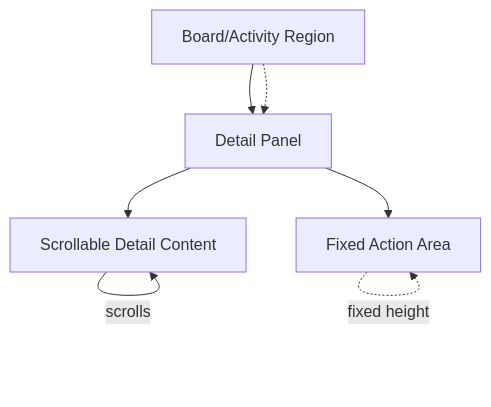
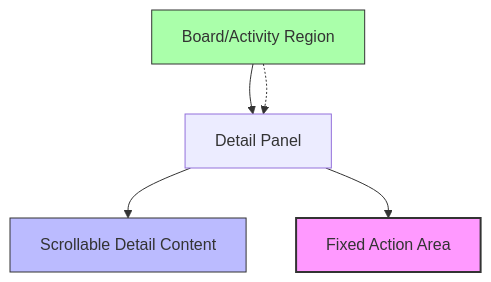
The diagram in logics/request/req_049_keep_detail_panel_actions_fixed_at_the_bottom_while_content_scrolls.md (AlexAgo83/logics-manager), drawn with Mermaid before and after one commit. The commit also changed 50 other files, not shown here.

````diff
--- a/logics/request/req_049_keep_detail_panel_actions_fixed_at_the_bottom_while_content_scrolls.md
+++ b/logics/request/req_049_keep_detail_panel_actions_fixed_at_the_bottom_while_content_scrolls.md
@@ -10,11 +10,14 @@
 ```mermaid
 %% logics-kind: request
 %% logics-signature: request|keep-detail-panel-actions-fixed-at-the-b|keep-the-primary-actions-of-the|ac1-the-details-panel-separates-its
 flowchart TD
-  A[Board/Activity Region] --> B[Detail Panel]
-  B --> C[Scrollable Detail Content]
-  B --> D[Fixed Action Area]
-  A -.-> B
-  C -->|scrolls| C
-  D -.->|fixed height| D
+    A[Board/Activity Region] --> B[Detail Panel]
+    B --> C[Scrollable Detail Content]
+    B --> D[Fixed Action Area]
+    A -.-> B
+    style D fill:#f9f,stroke:#333,stroke-width:2px
+    style C fill:#bbf,stroke:#333,stroke-width:1px
+    style A fill:#afa,stroke:#333,stroke-width:1px
+    classDef fixedArea fill:#f9f,stroke:#333,stroke-width:2px
+    class D fixedArea
 ```
````
